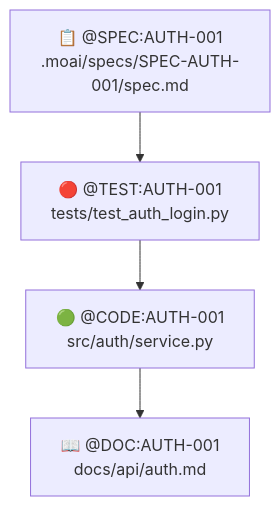
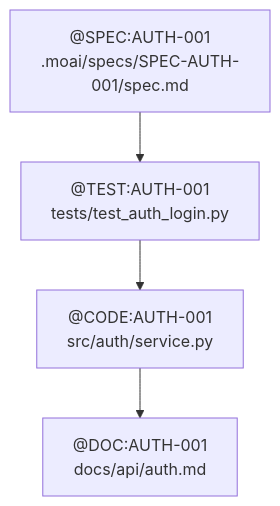
Before and after one commit to modu-ai/moai-adk: the fourth of 7 diagrams in README.md, drawn with Mermaid. The commit also changed other lines of this file, not shown here.

````diff
--- a/README.md
+++ b/README.md
@@ -198,6 +198,6 @@
 ```mermaid
 graph TD
-    SPEC["📋 @SPEC:AUTH-001<br/>.moai/specs/SPEC-AUTH-001/spec.md"] --> TEST["🔴 @TEST:AUTH-001<br/>tests/test_auth_login.py"]
-    TEST --> CODE["🟢 @CODE:AUTH-001<br/>src/auth/service.py"]
-    CODE --> DOC["📖 @DOC:AUTH-001<br/>docs/api/auth.md"]
+    SPEC["@SPEC:AUTH-001<br/>.moai/specs/SPEC-AUTH-001/spec.md"] --> TEST["@TEST:AUTH-001<br/>tests/test_auth_login.py"]
+    TEST --> CODE["@CODE:AUTH-001<br/>src/auth/service.py"]
+    CODE --> DOC["@DOC:AUTH-001<br/>docs/api/auth.md"]
 ```
````
